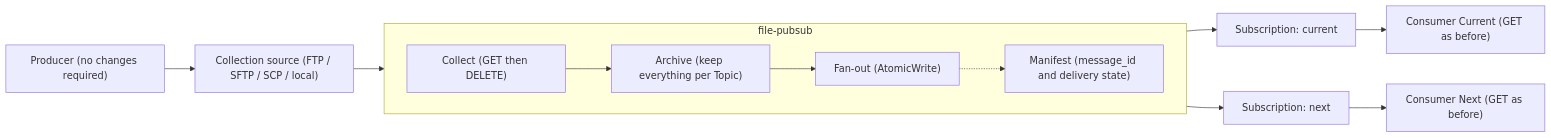
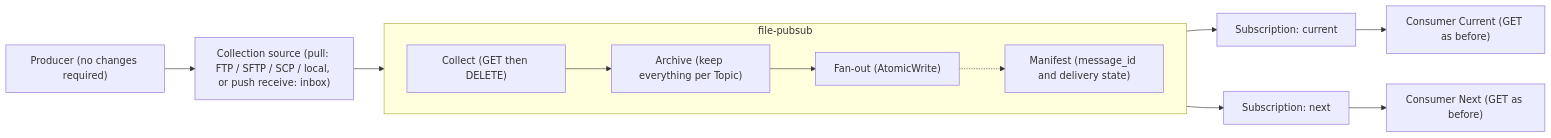
The second of 2 diagrams in README.md (suwa-sh/file-pubsub), drawn with Mermaid before and after one commit. The commit also changed other lines of this file and 86 other files, not shown here.

First line of the commit message:
feat: push(put)受信モード(inbox)+ 完了検知 completion を追加 (#11) (#12)

````diff
--- a/README.md
+++ b/README.md
@@ -30,15 +30,15 @@
 ```mermaid
 flowchart LR
-    P["Producer (no changes required)"] --> SRC["Collection source (FTP / SFTP / SCP / local)"]
+    P["Producer (no changes required)"] --> SRC["Collection source (pull: FTP / SFTP / SCP / local, or push receive: inbox)"]
     subgraph FP["file-pubsub"]
         direction LR
         COL["Collect (GET then DELETE)"] --> AR["Archive (keep everything per Topic)"]
         AR --> FO["Fan-out (AtomicWrite)"]
         FO -.-> MF["Manifest (message_id and delivery state)"]
     end
     SRC --> COL
     FO --> SUB1["Subscription: current"]
     FO --> SUB2["Subscription: next"]
     SUB1 --> C1["Consumer Current (GET as before)"]
     SUB2 --> C2["Consumer Next (GET as before)"]
 ```
````
